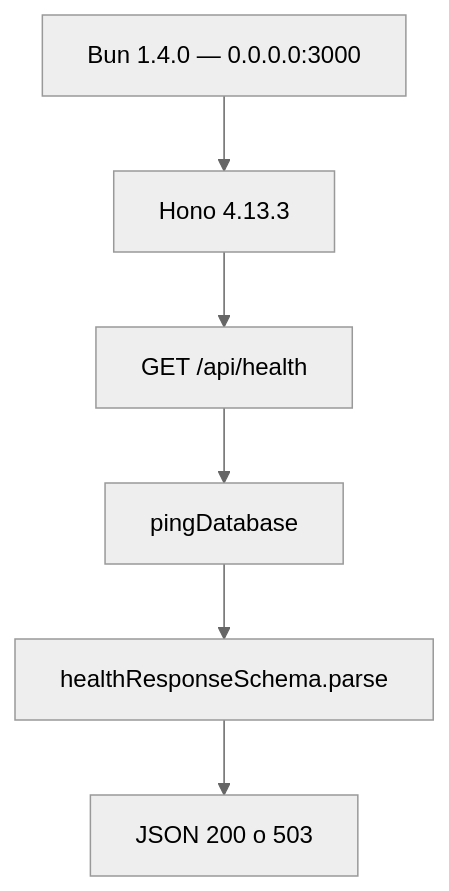
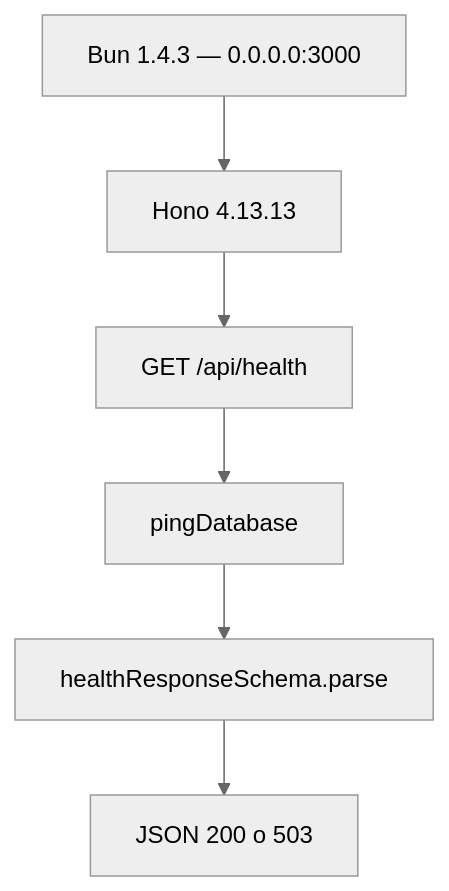
One commit to JoseAntonioNuevo/agentic-kanban changed the first of 2 diagrams in diagrams/03-tecnologias-backend.md. Above: the diagram before and after it, drawn with Mermaid (neutral theme). The commit also changed 20 other files, not shown here.

````diff
--- a/diagrams/03-tecnologias-backend.md
+++ b/diagrams/03-tecnologias-backend.md
@@ -5,14 +5,14 @@
 ```mermaid
 flowchart TB
-  bun["Bun 1.4.0 — 0.0.0.0:3000"]
-  hono["Hono 4.13.3"]
+  bun["Bun 1.4.3 — 0.0.0.0:3000"]
+  hono["Hono 4.13.13"]
   health["GET /api/health"]
   ping["pingDatabase"]
   zod["healthResponseSchema.parse"]
 
   bun --> hono
   hono --> health
   health --> ping
   ping --> zod
   zod --> json["JSON 200 o 503"]
 ```
````
